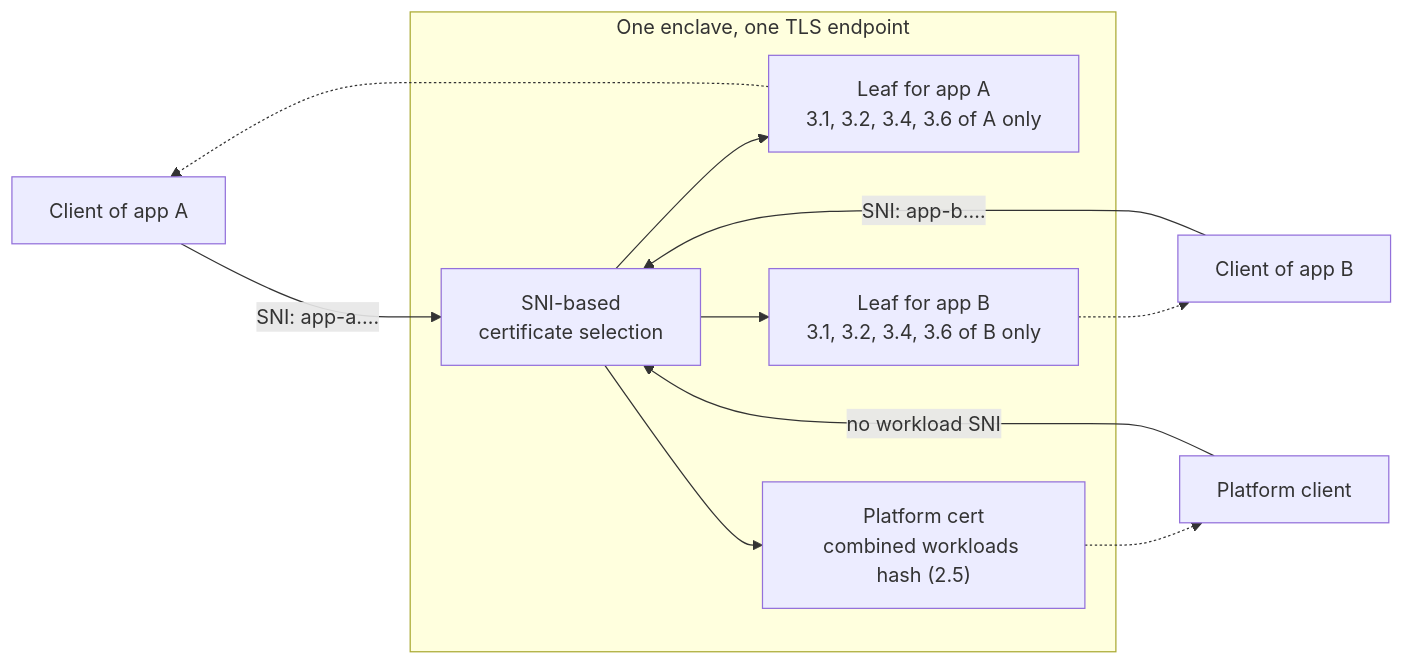
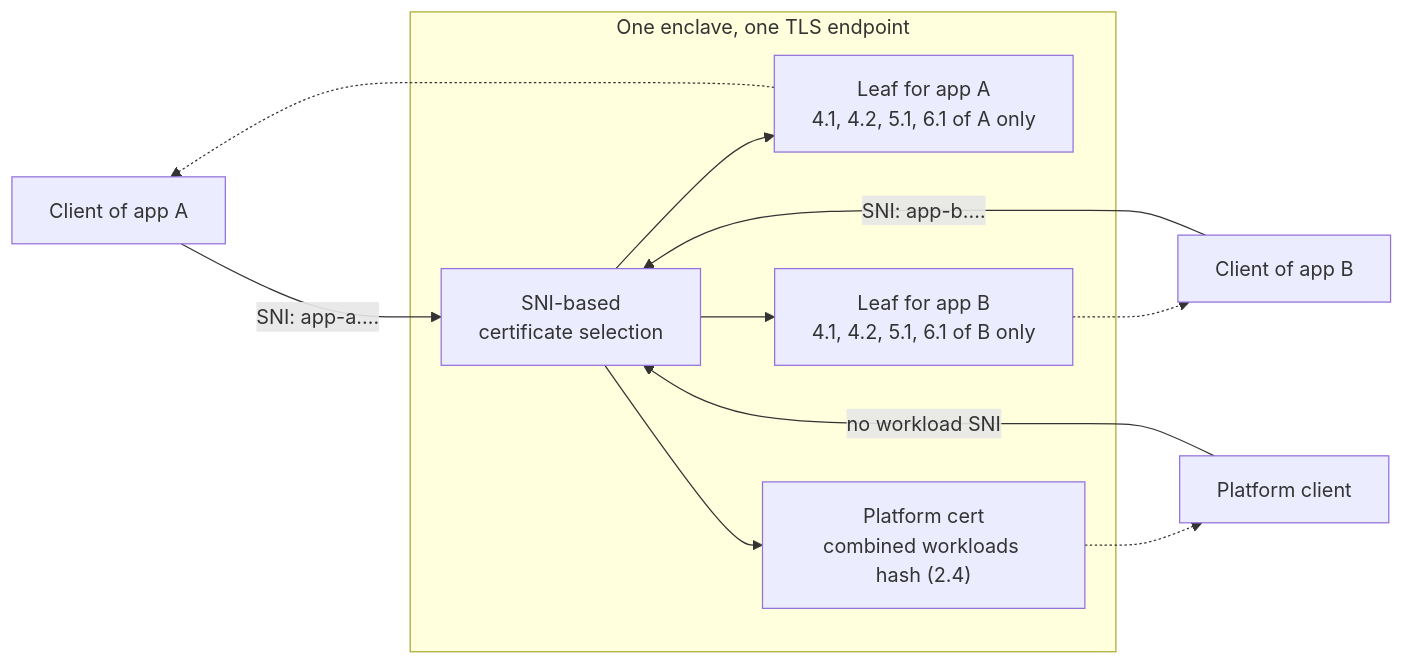
Before and after one commit to Privasys/websites: the diagram in apps/fronts/docs.privasys.org/content/docs/solutions/enclave-os/attestation/ra-tls.mdx, drawn with Mermaid. The commit also changed other lines of this file and 16 other files, not shown here.

````diff
--- a/apps/fronts/docs.privasys.org/content/docs/solutions/enclave-os/attestation/ra-tls.mdx
+++ b/apps/fronts/docs.privasys.org/content/docs/solutions/enclave-os/attestation/ra-tls.mdx
@@ -146,17 +213,17 @@
 ```mermaid
 graph LR
   C1["Client of app A"] -->|"SNI: app-a.…"| T
   C2["Client of app B"] -->|"SNI: app-b.…"| T
   C3["Platform client"] -->|"no workload SNI"| T
 
   subgraph TEE["One enclave, one TLS endpoint"]
     T["SNI-based<br/>certificate selection"]
-    T --> LA["Leaf for app A<br/>3.1, 3.2, 3.4, 3.6 of A only"]
-    T --> LB["Leaf for app B<br/>3.1, 3.2, 3.4, 3.6 of B only"]
-    T --> LP["Platform cert<br/>combined workloads hash (2.5)"]
+    T --> LA["Leaf for app A<br/>4.1, 4.2, 5.1, 6.1 of A only"]
+    T --> LB["Leaf for app B<br/>4.1, 4.2, 5.1, 6.1 of B only"]
+    T --> LP["Platform cert<br/>combined workloads hash (2.4)"]
   end
 
   LA -.-> C1
   LB -.-> C2
   LP -.-> C3
 ```
````
